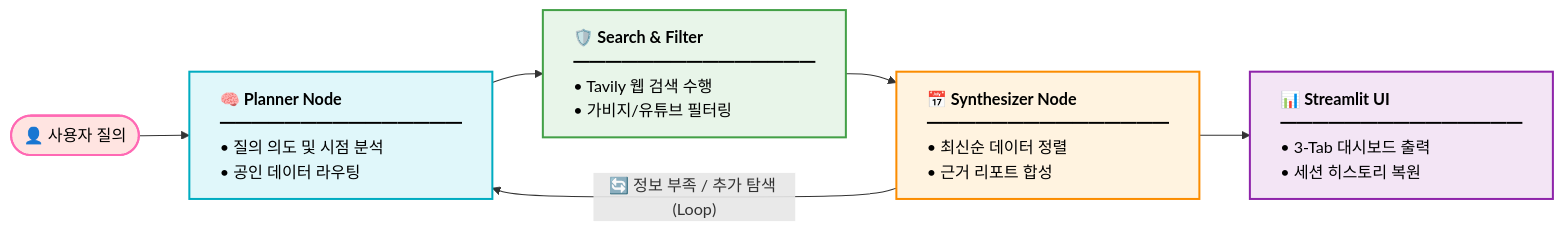
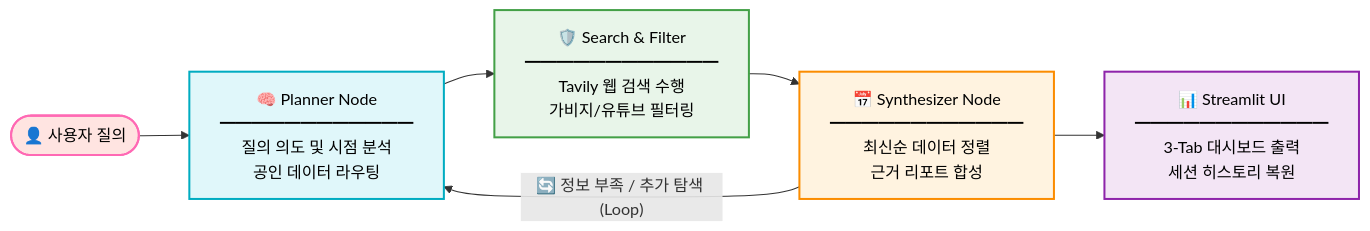
One commit to sbg990530/Document-Agent changed the diagram in README.md. Above: the diagram before and after it, drawn with Mermaid.

````diff
--- a/README.md
+++ b/README.md
@@ -19,27 +19,39 @@
 ```mermaid
 graph LR
     classDef userStyle fill:#FFE4E1,stroke:#FF69B4,stroke-width:2px,color:#000;
     classDef plannerStyle fill:#E0F7FA,stroke:#00ACC1,stroke-width:2px,color:#000;
     classDef filterStyle fill:#E8F5E9,stroke:#43A047,stroke-width:2px,color:#000;
     classDef synthStyle fill:#FFF3E0,stroke:#FB8C00,stroke-width:2px,color:#000;
     classDef uiStyle fill:#F3E5F5,stroke:#8E24AA,stroke-width:2px,color:#000;
 
     A([👤 사용자 질의]):::userStyle 
     
-    B["<div style='text-align: center;'><div style='display: inline-block; text-align: left;'><b>🧠 Planner Node</b><br/>━━━━━━━━━━━━━━━<br/>• 질의 의도 및 시점 분석<br/>• 공인 데이터 라우팅</div></div>"]:::plannerStyle
+    B["🧠 Planner Node
+    ━━━━━━━━━━━━
+    질의 의도 및 시점 분석
+    공인 데이터 라우팅"]:::plannerStyle
     
-    C["<div style='text-align: center;'><div style='display: inline-block; text-align: left;'><b>🛡️ Search & Filter</b><br/>━━━━━━━━━━━━━━━<br/>• Tavily 웹 검색 수행<br/>• 가비지/유튜브 필터링</div></div>"]:::filterStyle
+    C["🛡️ Search & Filter
+    ━━━━━━━━━━━━
+    Tavily 웹 검색 수행
+    가비지/유튜브 필터링"]:::filterStyle
     
-    D["<div style='text-align: center;'><div style='display: inline-block; text-align: left;'><b>📅 Synthesizer Node</b><br/>━━━━━━━━━━━━━━━<br/>• 최신순 데이터 정렬<br/>• 근거 리포트 합성</div></div>"]:::synthStyle
+    D["📅 Synthesizer Node
+    ━━━━━━━━━━━━
+    최신순 데이터 정렬
+    근거 리포트 합성"]:::synthStyle
     
-    E["<div style='text-align: center;'><div style='display: inline-block; text-align: left;'><b>📊 Streamlit UI</b><br/>━━━━━━━━━━━━━━━<br/>• 3-Tab 대시보드 출력<br/>• 세션 히스토리 복원</div></div>"]:::uiStyle
+    E["📊 Streamlit UI
+    ━━━━━━━━━━━━
+    3-Tab 대시보드 출력
+    세션 히스토리 복원"]:::uiStyle
 
     %% 정방향 파이프라인 흐름
     A --> B
     B --> C
     C --> D
     D --> E
     
     %% LangGraph 피드백 루프
     D -- "🔄 정보 부족 / 추가 탐색 (Loop)" --> B
 ```
````
